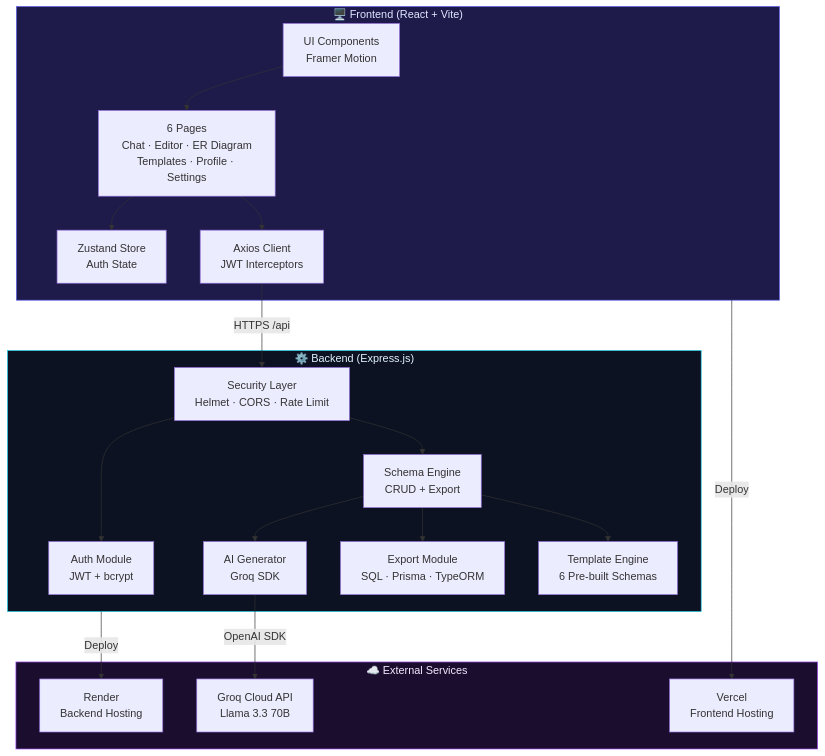
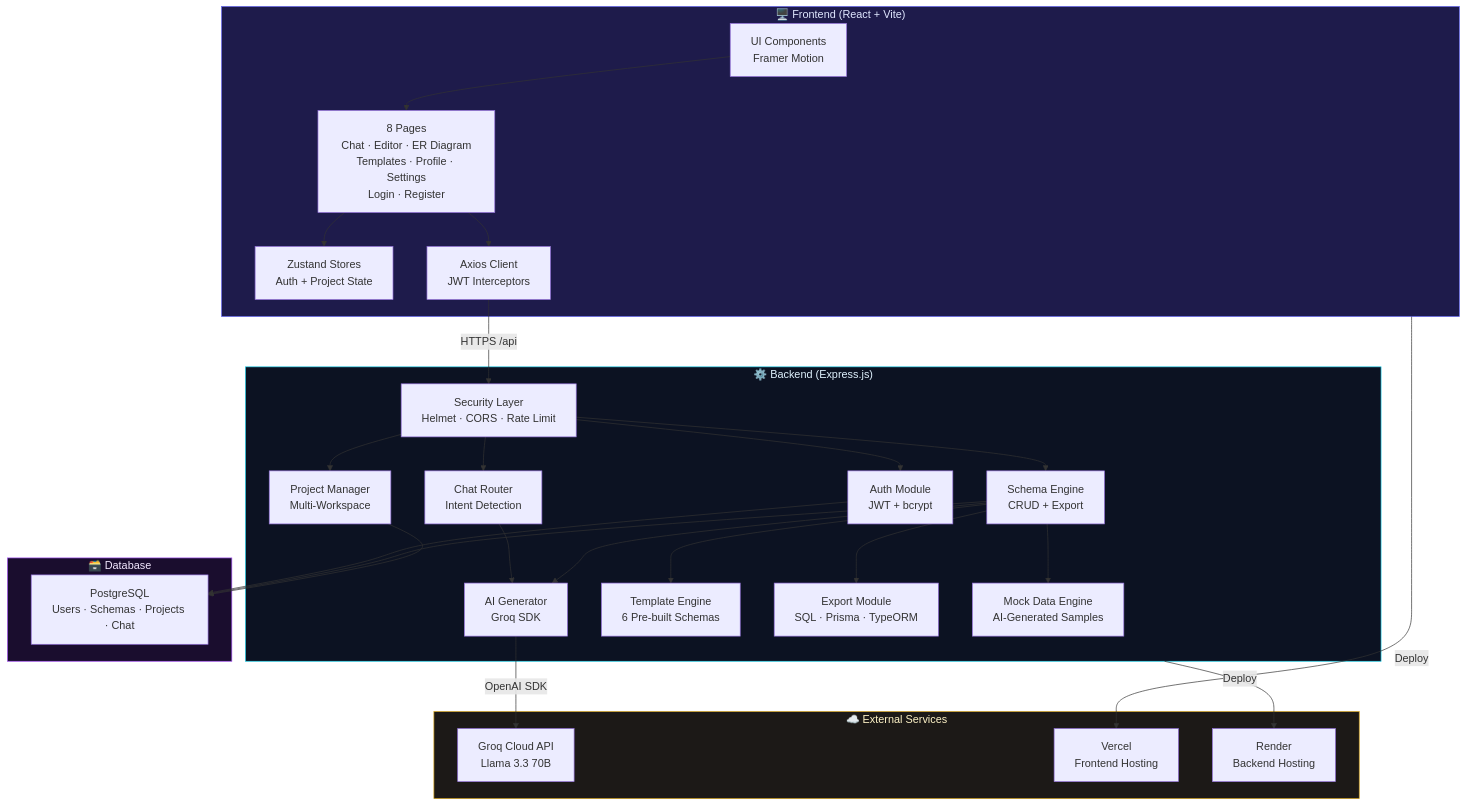
One commit to Neerav02/StrucBot changed the first of 2 diagrams in README.md. Above: the diagram before and after it, drawn with Mermaid. The commit also changed other lines of this file and 10 other files, not shown here.

````diff
--- a/README.md
+++ b/README.md
@@ -69,42 +75,57 @@
 ```mermaid
 graph TB
     subgraph Frontend ["🖥️ Frontend (React + Vite)"]
         UI["UI Components<br/>Framer Motion"]
-        Pages["6 Pages<br/>Chat · Editor · ER Diagram<br/>Templates · Profile · Settings"]
-        Store["Zustand Store<br/>Auth State"]
+        Pages["8 Pages<br/>Chat · Editor · ER Diagram<br/>Templates · Profile · Settings<br/>Login · Register"]
+        Store["Zustand Stores<br/>Auth + Project State"]
         API_Client["Axios Client<br/>JWT Interceptors"]
     end
 
     subgraph Backend ["⚙️ Backend (Express.js)"]
         Auth["Auth Module<br/>JWT + bcrypt"]
         Schema["Schema Engine<br/>CRUD + Export"]
         AI["AI Generator<br/>Groq SDK"]
+        Chat["Chat Router<br/>Intent Detection"]
+        Projects_BE["Project Manager<br/>Multi-Workspace"]
         Templates_BE["Template Engine<br/>6 Pre-built Schemas"]
         Export["Export Module<br/>SQL · Prisma · TypeORM"]
+        MockData["Mock Data Engine<br/>AI-Generated Samples"]
         Security["Security Layer<br/>Helmet · CORS · Rate Limit"]
+    end
+
+    subgraph Database ["🗃️ Database"]
+        PG["PostgreSQL<br/>Users · Schemas · Projects · Chat"]
     end
 
     subgraph External ["☁️ External Services"]
         Groq["Groq Cloud API<br/>Llama 3.3 70B"]
         Vercel["Vercel<br/>Frontend Hosting"]
         Render["Render<br/>Backend Hosting"]
     end
 
     UI --> Pages
     Pages --> Store
     Pages --> API_Client
     API_Client -->|HTTPS /api| Security
     Security --> Auth
     Security --> Schema
+    Security --> Chat
+    Security --> Projects_BE
+    Chat --> AI
     Schema --> AI
     AI -->|OpenAI SDK| Groq
     Schema --> Export
+    Schema --> MockData
     Schema --> Templates_BE
+    Auth --> PG
+    Schema --> PG
+    Projects_BE --> PG
 
     Frontend -->|Deploy| Vercel
     Backend -->|Deploy| Render
 
     style Frontend fill:#1e1b4b,stroke:#6366f1,color:#e0e7ff
     style Backend fill:#0c1222,stroke:#22d3ee,color:#e0f2fe
-    style External fill:#1a0d2e,stroke:#a855f7,color:#f3e8ff
+    style Database fill:#1a0d2e,stroke:#a855f7,color:#f3e8ff
+    style External fill:#1c1917,stroke:#d4a017,color:#fef3c7
 ```
````
